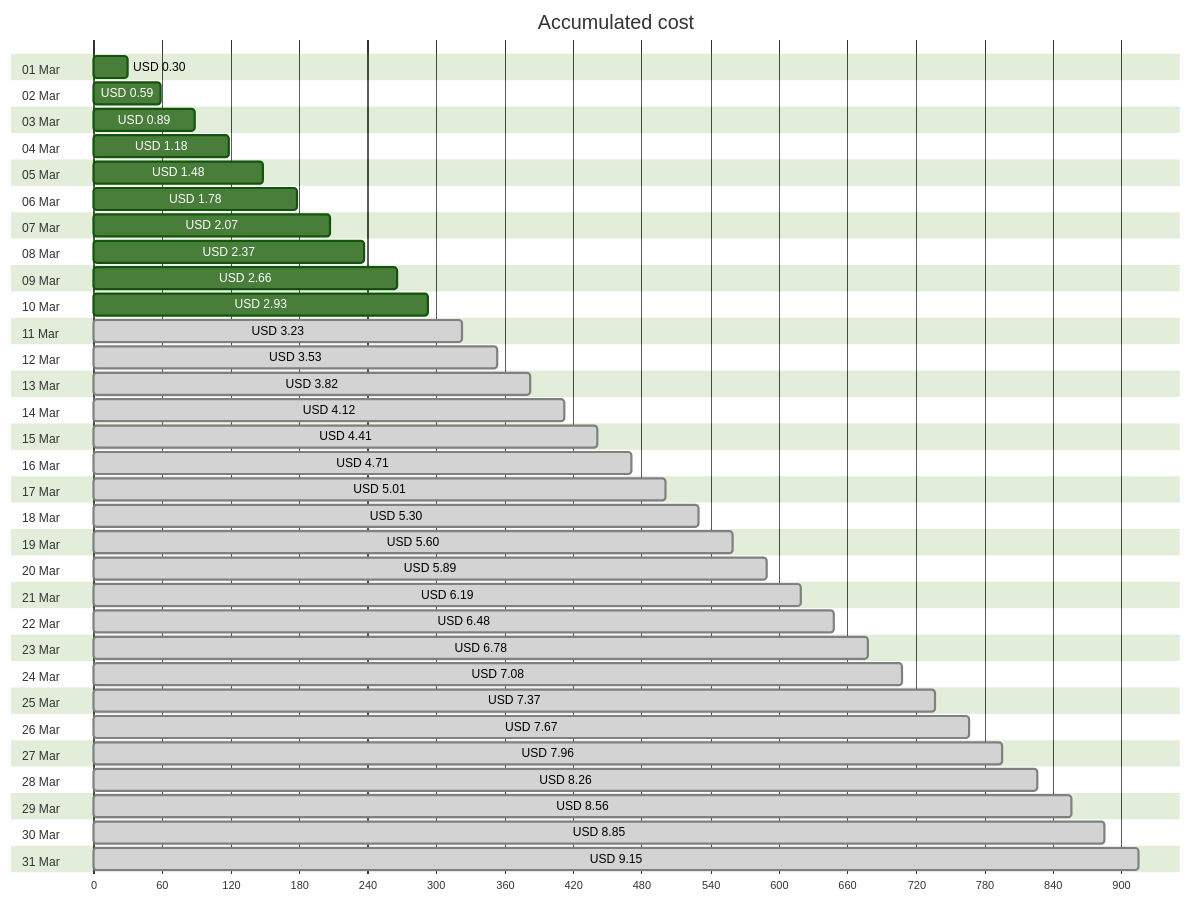
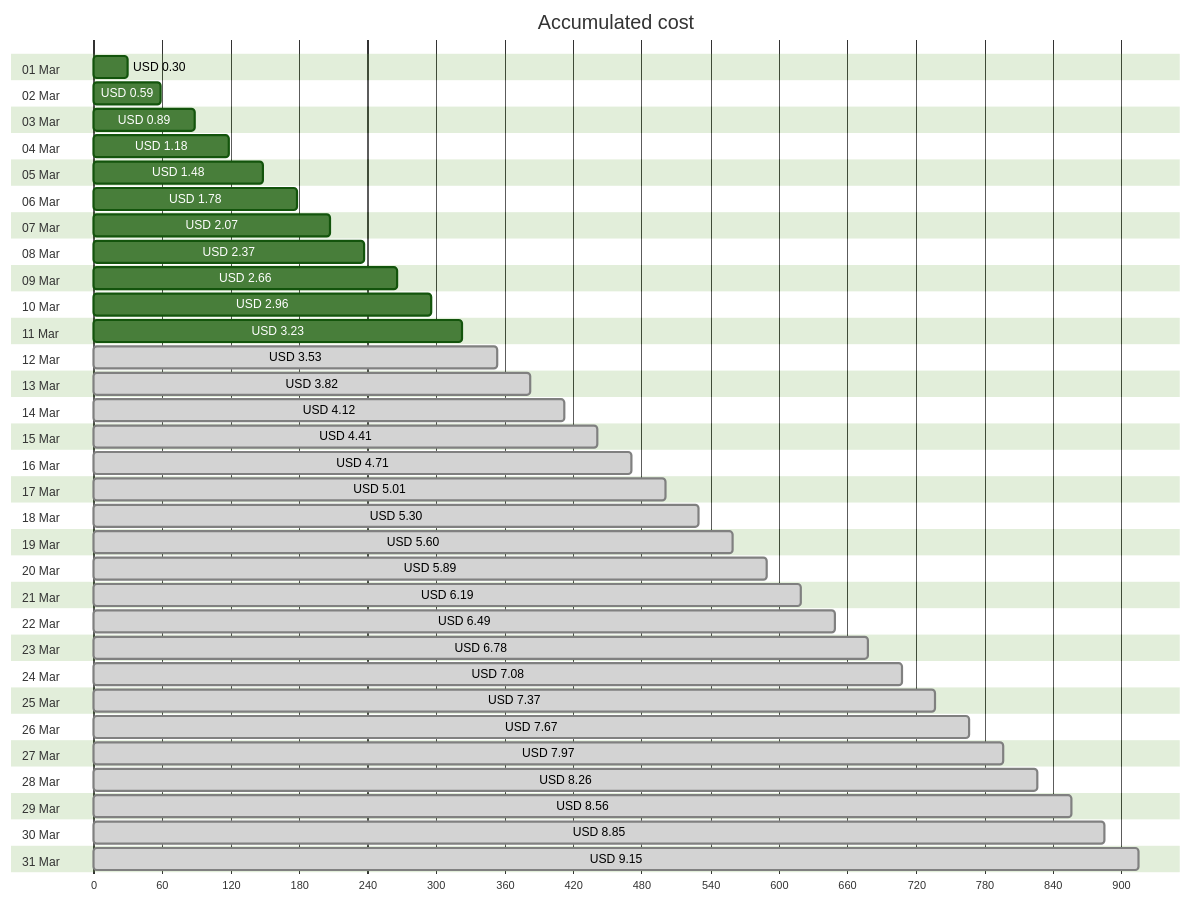
The first of 4 diagrams in cost-reports/personal-site/personal-site-preview.md (jpfulton/azure-personal-reports), drawn with Mermaid (forest theme) before and after one commit. The commit also changed other lines of this file and 6 other files, not shown here.

````diff
--- a/cost-reports/personal-site/personal-site-preview.md
+++ b/cost-reports/personal-site/personal-site-preview.md
@@ -20,68 +20,68 @@
 ```mermaid
 gantt
    title Accumulated cost
    dateFormat  X
    axisFormat %s
    section 01 Mar
    USD 0.30 :0, 30
    section 02 Mar
    USD 0.59 :0, 59
    section 03 Mar
    USD 0.89 :0, 89
    section 04 Mar
    USD 1.18 :0, 118
    section 05 Mar
    USD 1.48 :0, 148
    section 06 Mar
    USD 1.78 :0, 178
    section 07 Mar
    USD 2.07 :0, 207
    section 08 Mar
    USD 2.37 :0, 237
    section 09 Mar
    USD 2.66 :0, 266
    section 10 Mar
-   USD 2.93 :0, 293
+   USD 2.96 :0, 296
    section 11 Mar
-   USD 3.23 : done, 0, 323
+   USD 3.23 :0, 323
    section 12 Mar
    USD 3.53 : done, 0, 353
    section 13 Mar
    USD 3.82 : done, 0, 382
    section 14 Mar
    USD 4.12 : done, 0, 412
    section 15 Mar
    USD 4.41 : done, 0, 441
    section 16 Mar
    USD 4.71 : done, 0, 471
    section 17 Mar
    USD 5.01 : done, 0, 501
    section 18 Mar
    USD 5.30 : done, 0, 530
    section 19 Mar
    USD 5.60 : done, 0, 560
    section 20 Mar
    USD 5.89 : done, 0, 589
    section 21 Mar
    USD 6.19 : done, 0, 619
    section 22 Mar
-   USD 6.48 : done, 0, 648
+   USD 6.49 : done, 0, 649
    section 23 Mar
    USD 6.78 : done, 0, 678
    section 24 Mar
    USD 7.08 : done, 0, 708
    section 25 Mar
    USD 7.37 : done, 0, 737
    section 26 Mar
    USD 7.67 : done, 0, 767
    section 27 Mar
-   USD 7.96 : done, 0, 796
+   USD 7.97 : done, 0, 797
    section 28 Mar
    USD 8.26 : done, 0, 826
    section 29 Mar
    USD 8.56 : done, 0, 856
    section 30 Mar
    USD 8.85 : done, 0, 885
    section 31 Mar
    USD 9.15 : done, 0, 915
 ```
````
